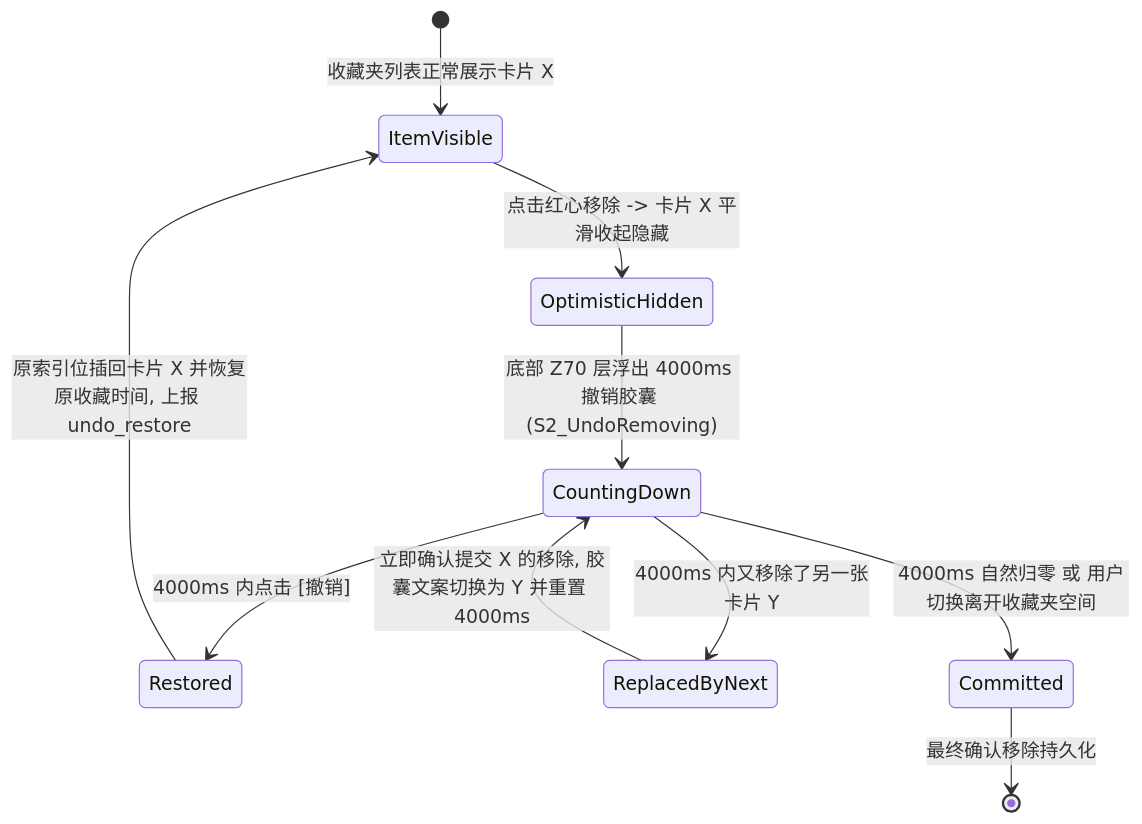
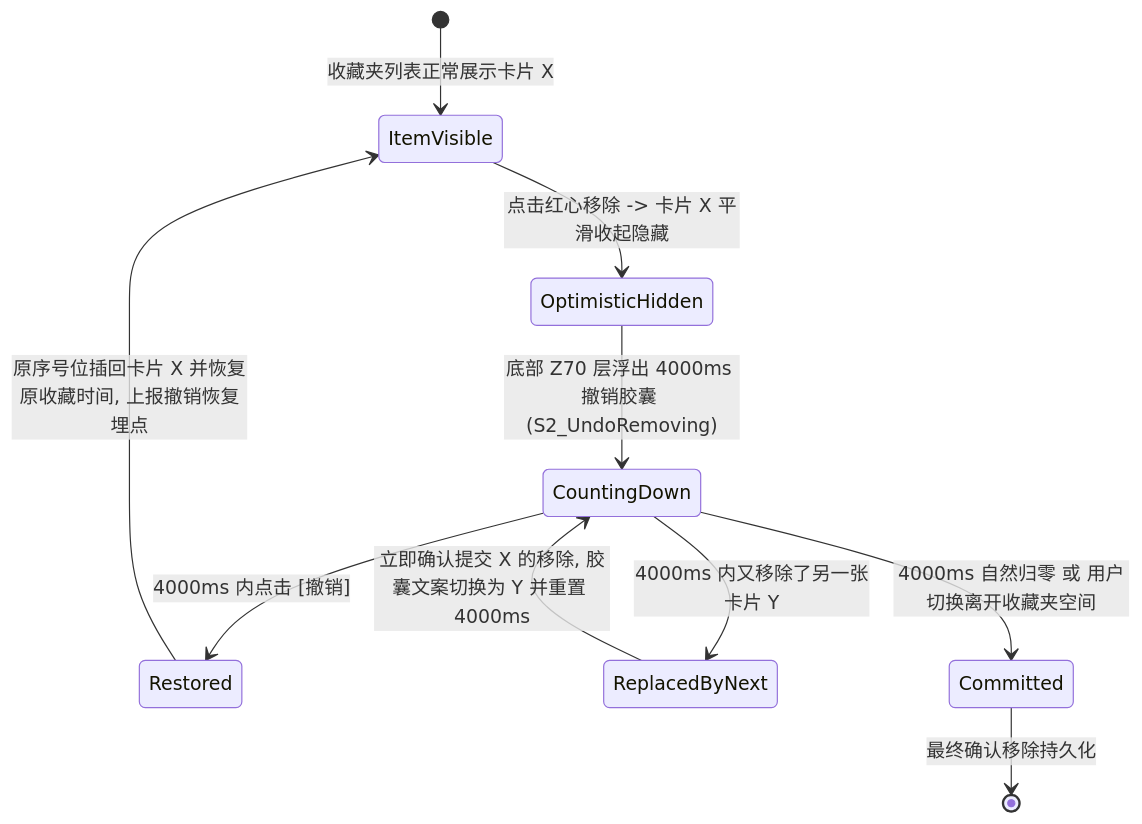
The second of 3 diagrams in Product/spec/05-components-and-patterns/interaction-patterns.md (icecream154/Cookbook), drawn with Mermaid before and after one commit. The commit also changed other lines of this file and 43 other files, not shown here.

````diff
--- a/Product/spec/05-components-and-patterns/interaction-patterns.md
+++ b/Product/spec/05-components-and-patterns/interaction-patterns.md
@@ -54,12 +54,12 @@
 ```mermaid
 stateDiagram-v2
     [*] --> ItemVisible: 收藏夹列表正常展示卡片 X
     ItemVisible --> OptimisticHidden: 点击红心移除 -> 卡片 X 平滑收起隐藏
     OptimisticHidden --> CountingDown: 底部 Z70 层浮出 4000ms 撤销胶囊 (S2_UndoRemoving)
     CountingDown --> Restored: 4000ms 内点击 [撤销]
-    Restored --> ItemVisible: 原索引位插回卡片 X 并恢复原收藏时间, 上报 undo_restore
+    Restored --> ItemVisible: 原序号位插回卡片 X 并恢复原收藏时间, 上报撤销恢复埋点
     CountingDown --> ReplacedByNext: 4000ms 内又移除了另一张卡片 Y
     ReplacedByNext --> CountingDown: 立即确认提交 X 的移除, 胶囊文案切换为 Y 并重置 4000ms
     CountingDown --> Committed: 4000ms 自然归零 或 用户切换离开收藏夹空间
     Committed --> [*]: 最终确认移除持久化
 ```
````
